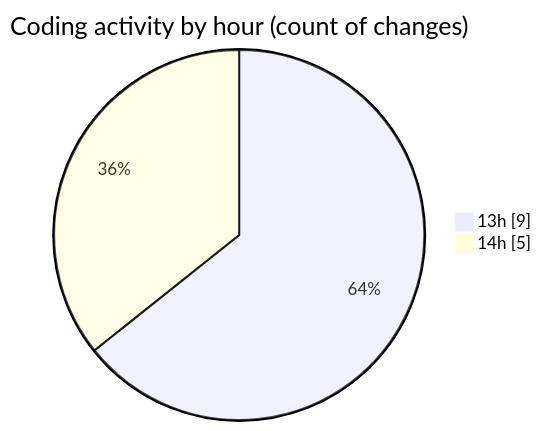
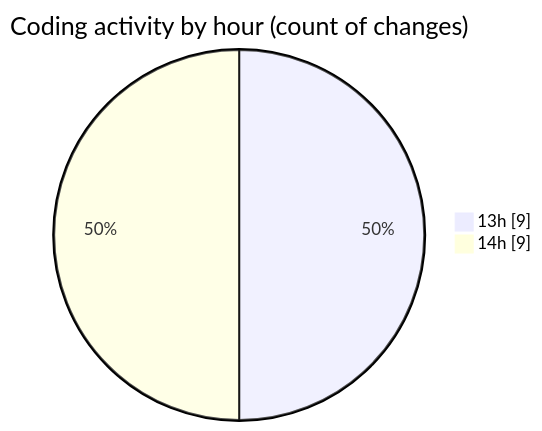
The second of 2 diagrams in 2025-08-10/getmailotp/README.md (lephambinh05/code-tracking), drawn with Mermaid before and after one commit. The commit also changed other lines of this file and 1 other file, not shown here.

````diff
--- a/2025-08-10/getmailotp/README.md
+++ b/2025-08-10/getmailotp/README.md
@@ -36,6 +37,6 @@
 ```mermaid
 pie showData
 title Coding activity by hour (count of changes)
 "13h" : 9
-"14h" : 5
+"14h" : 9
 ```
````
